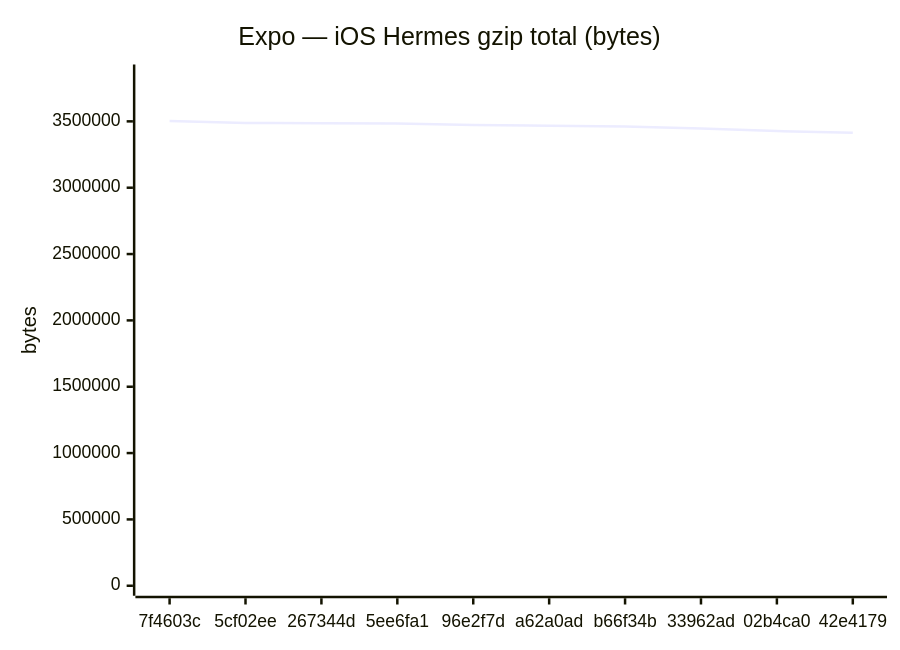
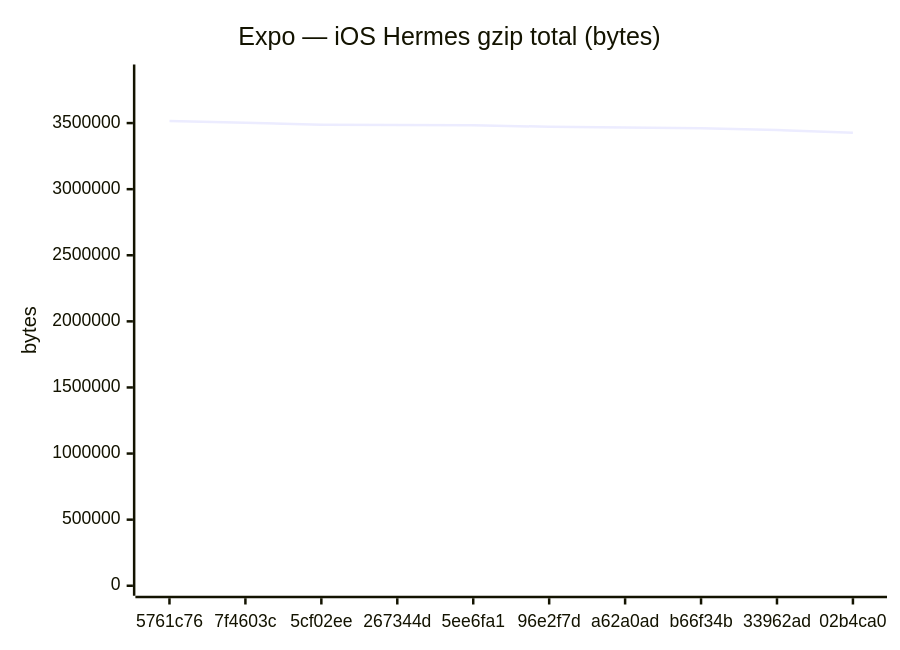
Before and after one commit to Metaheurist/Rianell: the sixth of 18 diagrams in benchmarks/compare.md, drawn with Mermaid. The commit also changed other lines of this file and 11 other files, not shown here.

````diff
--- a/benchmarks/compare.md
+++ b/benchmarks/compare.md
@@ -96,7 +96,7 @@
 ```mermaid
 xychart-beta
     title "Expo — iOS Hermes gzip total (bytes)"
-    x-axis ["7f4603c", "5cf02ee", "267344d", "5ee6fa1", "96e2f7d", "a62a0ad", "b66f34b", "33962ad", "02b4ca0", "42e4179"]
-    y-axis "bytes" 0 --> 3853231
-    line [3502937, 3488256, 3486228, 3483393, 3471867, 3466755, 3460455, 3446796, 3426562, 3414256]
+    x-axis ["5761c76", "7f4603c", "5cf02ee", "267344d", "5ee6fa1", "96e2f7d", "a62a0ad", "b66f34b", "33962ad", "02b4ca0"]
+    y-axis "bytes" 0 --> 3867448
+    line [3515861, 3502937, 3488256, 3486228, 3483393, 3471867, 3466755, 3460455, 3446796, 3426562]
 ```
````
